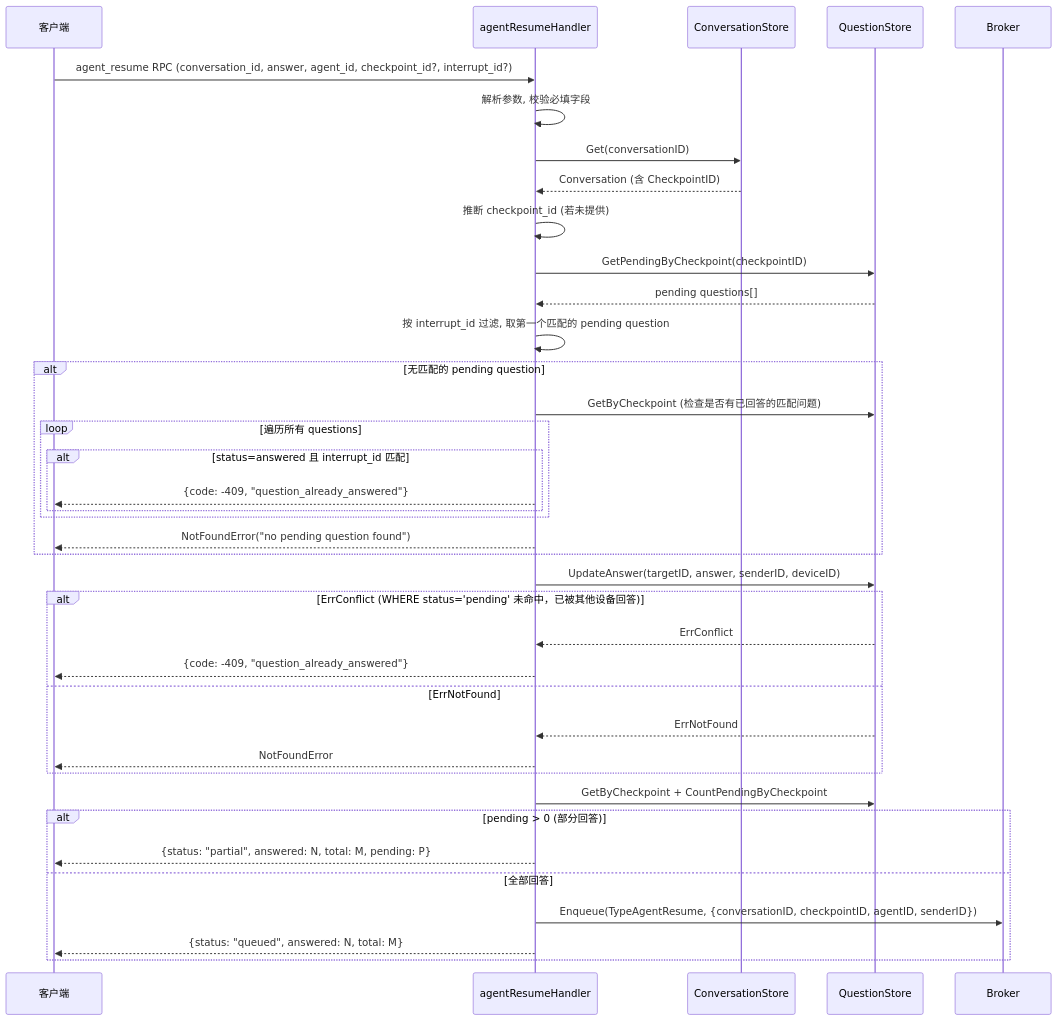
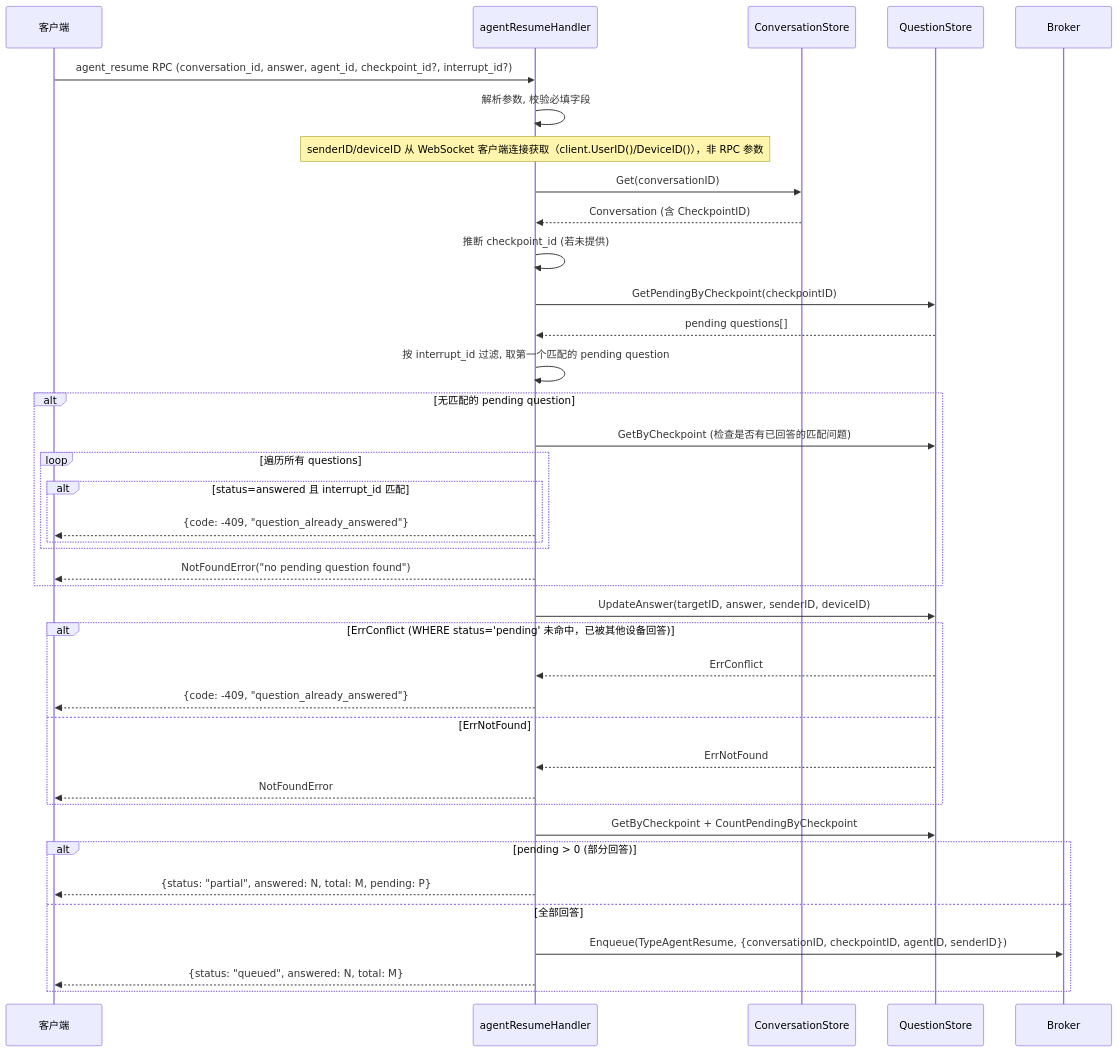
The third of 11 diagrams in wiki/flows/agent-execution.md (PineappleBond/xyncra-server), drawn with Mermaid before and after one commit. The commit also changed other lines of this file and 12 other files, not shown here.

Commit message:
docs(wiki): accuracy improvements across flow documents

````diff
--- a/wiki/flows/agent-execution.md
+++ b/wiki/flows/agent-execution.md
@@ -297,47 +297,48 @@
 ```mermaid
 sequenceDiagram
     participant C as 客户端
     participant H as agentResumeHandler
     participant CS as ConversationStore
     participant QS as QuestionStore
     participant MQ as Broker
 
     C->>H: agent_resume RPC (conversation_id, answer, agent_id, checkpoint_id?, interrupt_id?)
     H->>H: 解析参数, 校验必填字段
+    Note over H: senderID/deviceID 从 WebSocket 客户端连接获取（client.UserID()/DeviceID()），非 RPC 参数
 
     H->>CS: Get(conversationID)
     CS-->>H: Conversation (含 CheckpointID)
     H->>H: 推断 checkpoint_id (若未提供)
 
     H->>QS: GetPendingByCheckpoint(checkpointID)
     QS-->>H: pending questions[]
     H->>H: 按 interrupt_id 过滤, 取第一个匹配的 pending question
 
     alt 无匹配的 pending question
         H->>QS: GetByCheckpoint (检查是否有已回答的匹配问题)
         loop 遍历所有 questions
             alt status=answered 且 interrupt_id 匹配
                 H-->>C: {code: -409, "question_already_answered"}
             end
         end
         H-->>C: NotFoundError("no pending question found")
     end
 
     H->>QS: UpdateAnswer(targetID, answer, senderID, deviceID)
     alt ErrConflict (WHERE status='pending' 未命中，已被其他设备回答)
         QS-->>H: ErrConflict
         H-->>C: {code: -409, "question_already_answered"}
     else ErrNotFound
         QS-->>H: ErrNotFound
         H-->>C: NotFoundError
     end
 
     H->>QS: GetByCheckpoint + CountPendingByCheckpoint
 
     alt pending > 0 (部分回答)
         H-->>C: {status: "partial", answered: N, total: M, pending: P}
     else 全部回答
         H->>MQ: Enqueue(TypeAgentResume, {conversationID, checkpointID, agentID, senderID})
         H-->>C: {status: "queued", answered: N, total: M}
     end
 ```
````
